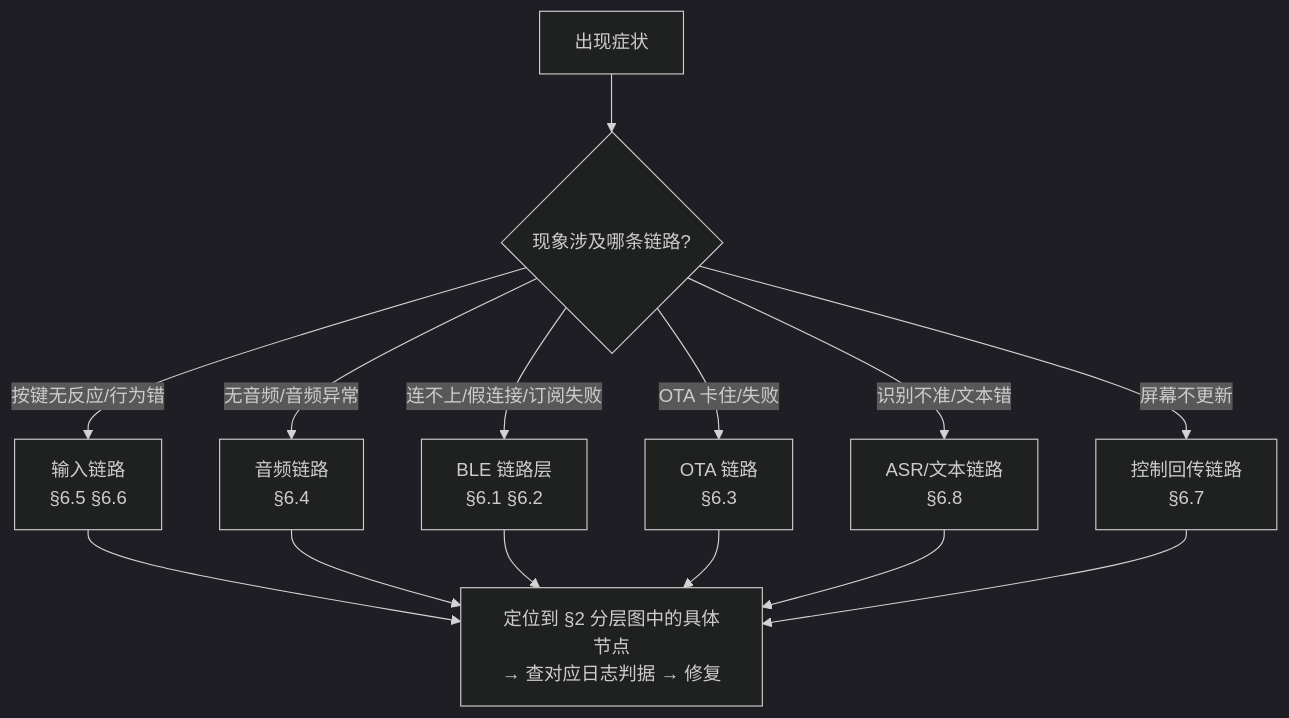
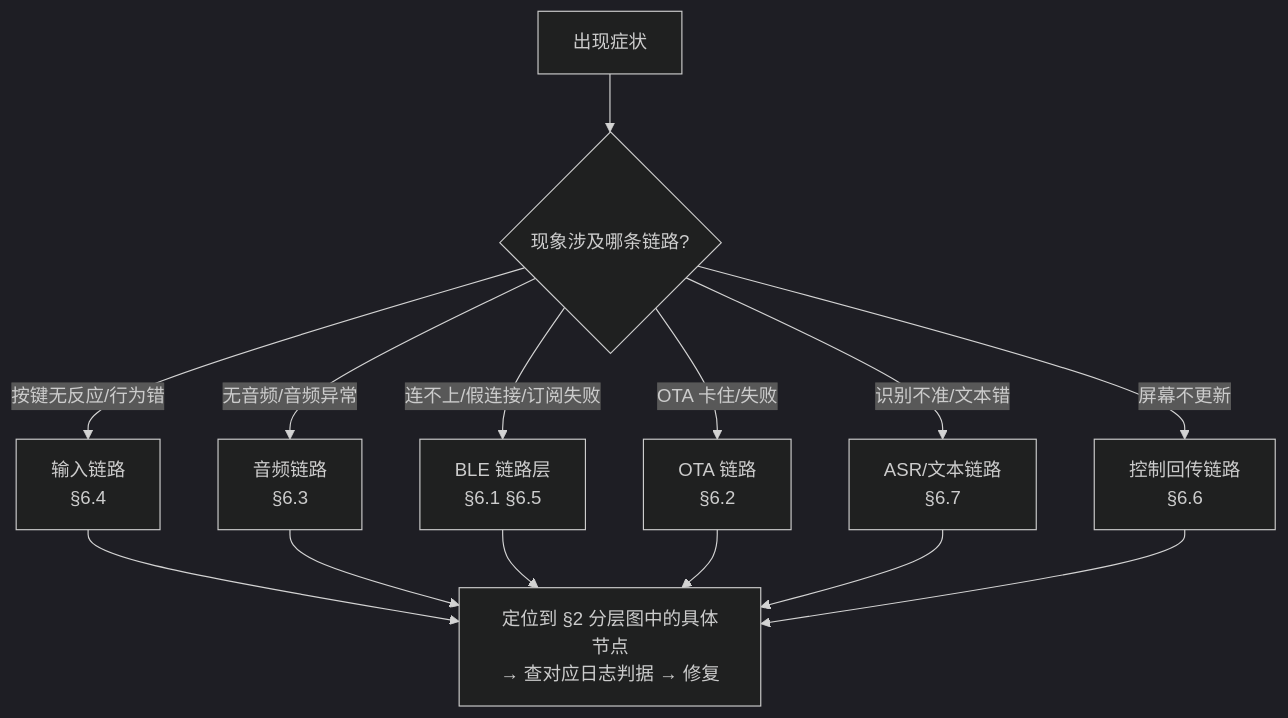
One commit to Haobot/VoiceStickPlus changed diagram 13 of 14 in Doc/Ref/system-architecture-analysis.md. Above: the diagram before and after it, drawn with Mermaid (dark theme). The commit also changed other lines of this file and 3 other files, not shown here.

````diff
--- a/Doc/Ref/system-architecture-analysis.md
+++ b/Doc/Ref/system-architecture-analysis.md
@@ -570,16 +570,16 @@
 ```mermaid
 flowchart TD
     SYM["出现症状"] --> Q1{"现象涉及哪条链路?"}
-    Q1 -->|"按键无反应/行为错"| L1["输入链路<br/>§6.5 §6.6"]
-    Q1 -->|"无音频/音频异常"| L2["音频链路<br/>§6.4"]
-    Q1 -->|"连不上/假连接/订阅失败"| L3["BLE 链路层<br/>§6.1 §6.2"]
-    Q1 -->|"OTA 卡住/失败"| L4["OTA 链路<br/>§6.3"]
-    Q1 -->|"识别不准/文本错"| L5["ASR/文本链路<br/>§6.8"]
-    Q1 -->|"屏幕不更新"| L6["控制回传链路<br/>§6.7"]
+    Q1 -->|"按键无反应/行为错"| L1["输入链路<br/>§6.4"]
+    Q1 -->|"无音频/音频异常"| L2["音频链路<br/>§6.3"]
+    Q1 -->|"连不上/假连接/订阅失败"| L3["BLE 链路层<br/>§6.1 §6.5"]
+    Q1 -->|"OTA 卡住/失败"| L4["OTA 链路<br/>§6.2"]
+    Q1 -->|"识别不准/文本错"| L5["ASR/文本链路<br/>§6.7"]
+    Q1 -->|"屏幕不更新"| L6["控制回传链路<br/>§6.6"]
     L1 --> NODE["定位到 §2 分层图中的具体节点<br/>→ 查对应日志判据 → 修复"]
     L2 --> NODE
     L3 --> NODE
     L4 --> NODE
     L5 --> NODE
     L6 --> NODE
 ```
````
